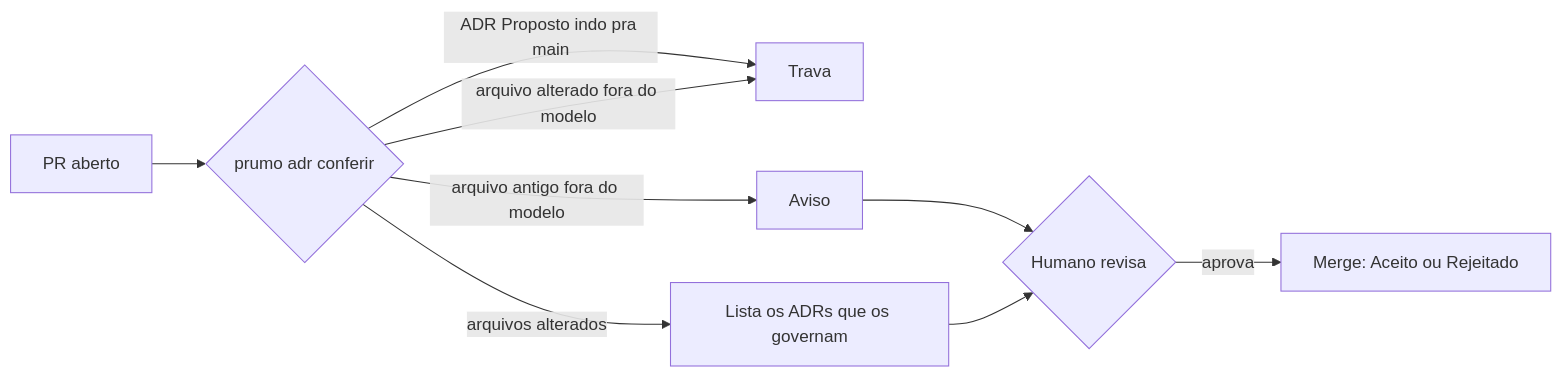
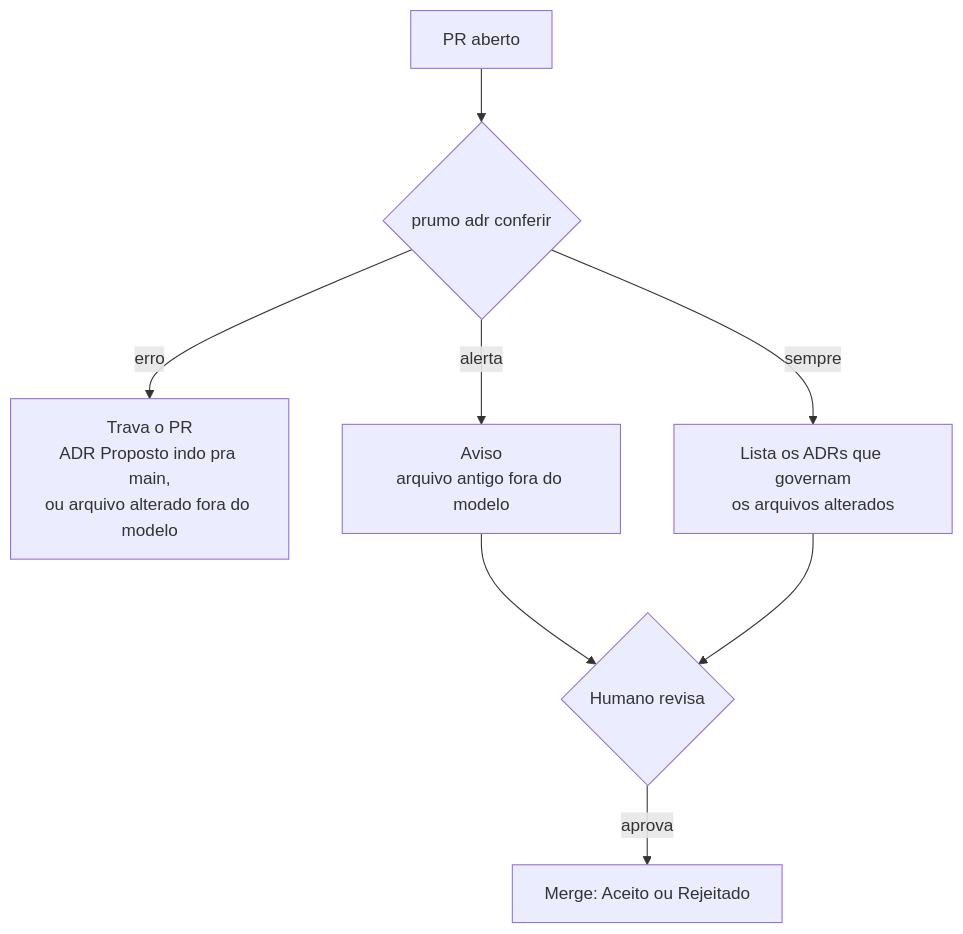
Before and after one commit to vitorsantss/prumo: the second of 2 diagrams in docs/adr/0016-ciclo-de-vida-do-adr.md, drawn with Mermaid.

Commit message:
docs: diagrama do verificador de cima pra baixo, sem rótulo cobrindo texto

````diff
--- a/docs/adr/0016-ciclo-de-vida-do-adr.md
+++ b/docs/adr/0016-ciclo-de-vida-do-adr.md
@@ -40,11 +40,10 @@
 ```mermaid
-flowchart LR
+flowchart TD
   PR["PR aberto"] --> C{"prumo adr conferir"}
-  C -->|"ADR Proposto indo pra main"| T["Trava"]
-  C -->|"arquivo alterado fora do modelo"| T
-  C -->|"arquivo antigo fora do modelo"| A["Aviso"]
-  C -->|"arquivos alterados"| L["Lista os ADRs que os governam"]
+  C -->|"erro"| T["Trava o PR<br/>ADR Proposto indo pra main,<br/>ou arquivo alterado fora do modelo"]
+  C -->|"alerta"| A["Aviso<br/>arquivo antigo fora do modelo"]
+  C -->|"sempre"| L["Lista os ADRs que governam<br/>os arquivos alterados"]
   A --> H{"Humano revisa"}
   L --> H
   H -->|"aprova"| M["Merge: Aceito ou Rejeitado"]
 ```
````
